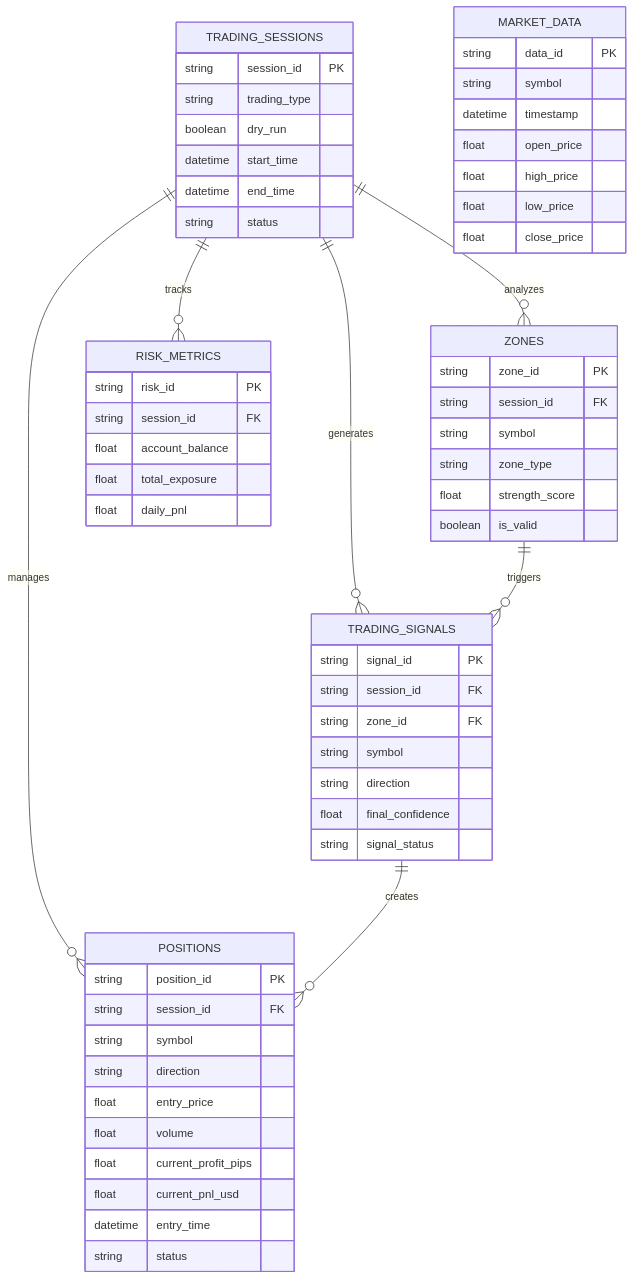
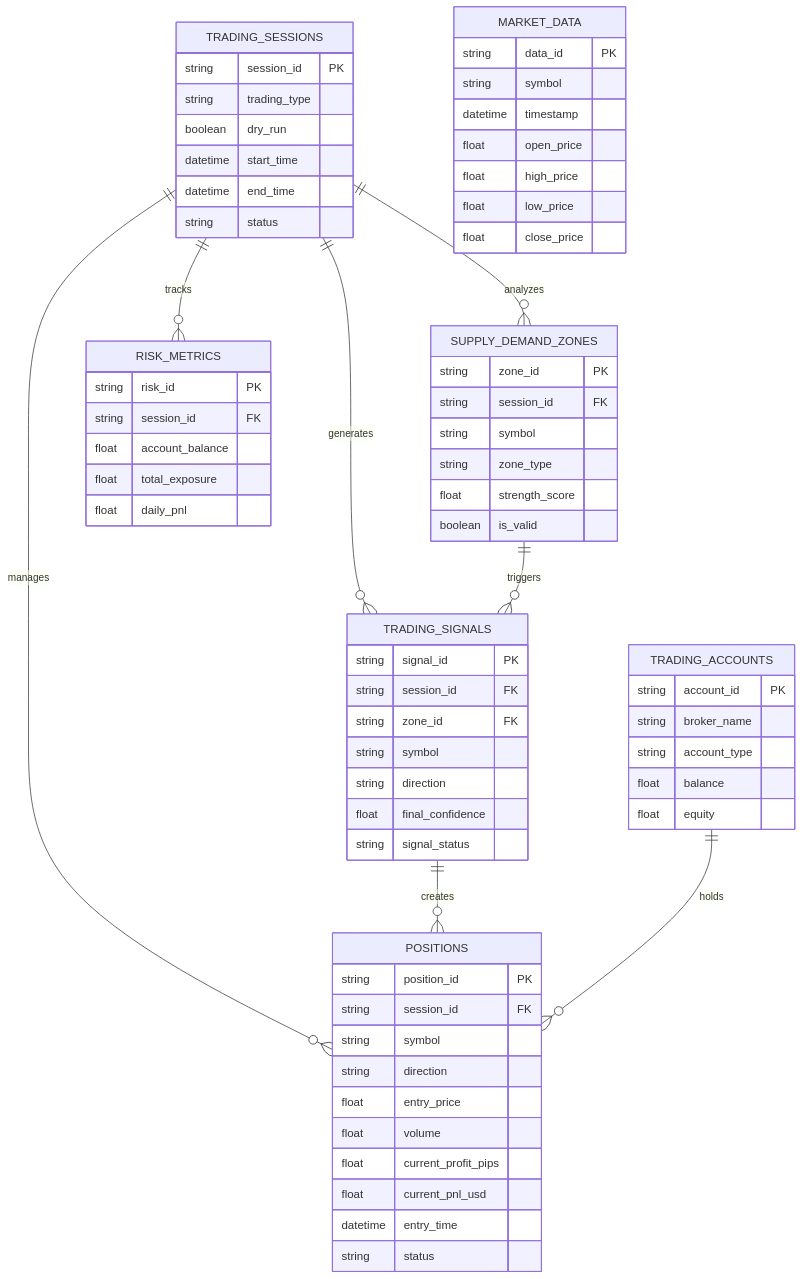
Before and after one commit to ndra969/trading-bot: the diagram in docs/diagrams/database-erd.md, drawn with Mermaid. The commit also changed other lines of this file and 12 other files, not shown here.

````diff
--- a/docs/diagrams/database-erd.md
+++ b/docs/diagrams/database-erd.md
@@ -16,68 +33,77 @@
 ```mermaid
 erDiagram
     TRADING_SESSIONS {
         string session_id PK
         string trading_type
         boolean dry_run
         datetime start_time
         datetime end_time
         string status
     }
 
     POSITIONS {
         string position_id PK
         string session_id FK
         string symbol
         string direction
         float entry_price
         float volume
         float current_profit_pips
         float current_pnl_usd
         datetime entry_time
         string status
     }
 
     TRADING_SIGNALS {
         string signal_id PK
         string session_id FK
         string zone_id FK
         string symbol
         string direction
         float final_confidence
         string signal_status
     }
 
-    ZONES {
+    SUPPLY_DEMAND_ZONES {
         string zone_id PK
         string session_id FK
         string symbol
         string zone_type
         float strength_score
         boolean is_valid
+    }
+
+    TRADING_ACCOUNTS {
+        string account_id PK
+        string broker_name
+        string account_type
+        float balance
+        float equity
     }
 
     RISK_METRICS {
         string risk_id PK
         string session_id FK
         float account_balance
         float total_exposure
         float daily_pnl
     }
 
     MARKET_DATA {
         string data_id PK
         string symbol
         datetime timestamp
         float open_price
         float high_price
         float low_price
         float close_price
     }
 
     TRADING_SESSIONS ||--o{ POSITIONS : "manages"
     TRADING_SESSIONS ||--o{ TRADING_SIGNALS : "generates"
-    TRADING_SESSIONS ||--o{ ZONES : "analyzes"
+    TRADING_SESSIONS ||--o{ SUPPLY_DEMAND_ZONES : "analyzes"
     TRADING_SESSIONS ||--o{ RISK_METRICS : "tracks"
-    ZONES ||--o{ TRADING_SIGNALS : "triggers"
+    SUPPLY_DEMAND_ZONES ||--o{ TRADING_SIGNALS : "triggers"
     TRADING_SIGNALS ||--o{ POSITIONS : "creates"
+    TRADING_ACCOUNTS ||--o{ POSITIONS : "holds"
 ```
````
